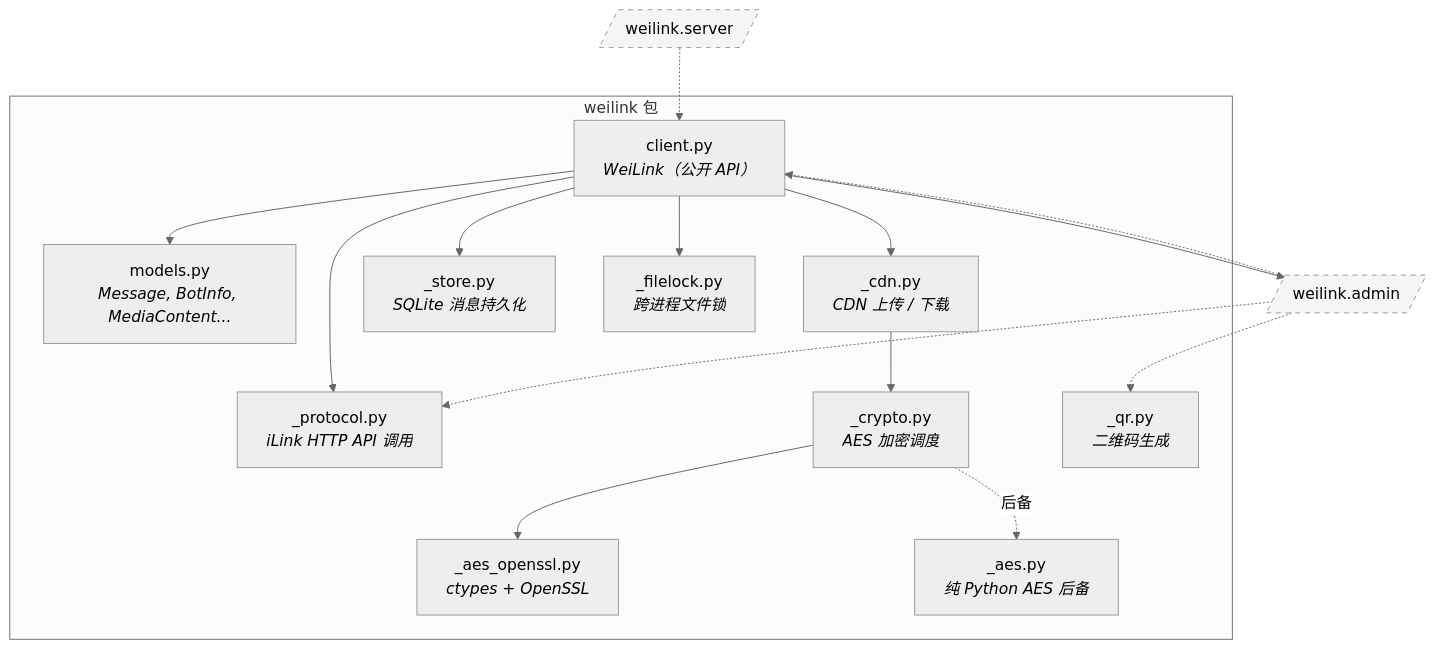
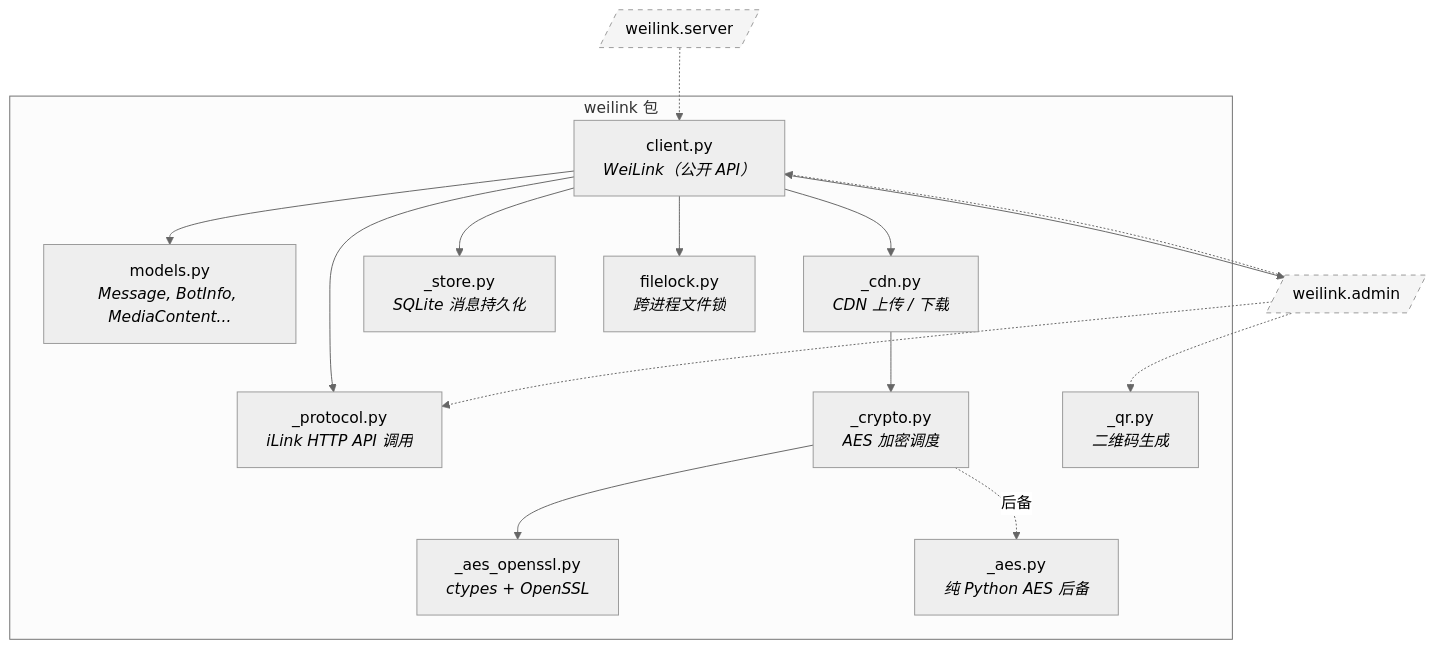
The first of 15 diagrams in docs/architecture.md (Oaklight/weilink), drawn with Mermaid (neutral theme) before and after one commit. The commit also changed other lines of this file and 1 other file, not shown here.

````diff
--- a/docs/architecture.md
+++ b/docs/architecture.md
@@ -11,35 +11,35 @@
 ```mermaid
 graph TB
     subgraph "weilink 包"
         client["client.py<br/><i>WeiLink（公开 API）</i>"]
         models["models.py<br/><i>Message, BotInfo, MediaContent...</i>"]
         protocol["_protocol.py<br/><i>iLink HTTP API 调用</i>"]
         cdn["_cdn.py<br/><i>CDN 上传 / 下载</i>"]
         crypto["_crypto.py<br/><i>AES 加密调度</i>"]
         aes_ssl["_aes_openssl.py<br/><i>ctypes + OpenSSL</i>"]
         aes_py["_aes.py<br/><i>纯 Python AES 后备</i>"]
         qr["_qr.py<br/><i>二维码生成</i>"]
         store["_store.py<br/><i>SQLite 消息持久化</i>"]
-        filelock["_filelock.py<br/><i>跨进程文件锁</i>"]
+        filelock["filelock.py<br/><i>跨进程文件锁</i>"]
     end
 
     client --> protocol
     client --> cdn
     client --> models
     client --> store
     client --> filelock
     cdn --> crypto
     crypto --> aes_ssl
     crypto -.->|后备| aes_py
 
     admin[/"weilink.admin"/]
     server[/"weilink.server"/]
     client --> admin
     admin -.-> client
     admin -.-> protocol
     admin -.-> qr
     server -.-> client
 
     classDef ext fill:#f5f5f5,stroke:#999,stroke-dasharray:5 5
     class admin,server ext
 ```
````
